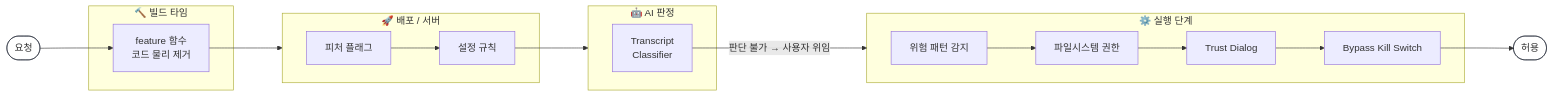
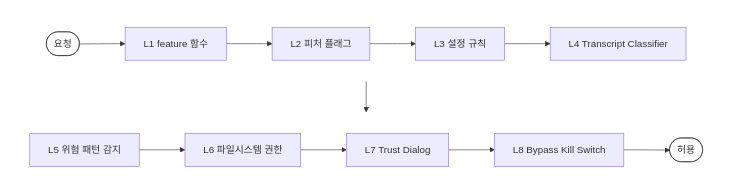
One commit to currenjin/currenjin.github.io changed the sixth of 9 diagrams in _wiki/claude-code.md. Above: the diagram before and after it, drawn with Mermaid.

Commit message:
fix: Split security diagram into two rows for better readability

````diff
--- a/_wiki/claude-code.md
+++ b/_wiki/claude-code.md
@@ -284,34 +284,17 @@
 ```mermaid
-%%{init: {'flowchart': {'nodeSpacing': 40, 'rankSpacing': 80}}}%%
-flowchart LR
-    REQ([요청]) --> L1
-
-    subgraph BUILD ["🔨 빌드 타임"]
-        L1[feature 함수\n코드 물리 제거]
+flowchart TB
+    subgraph top [" "]
+        direction LR
+        REQ([요청]) --> L1["L1 feature 함수"] --> L2["L2 피처 플래그"] --> L3["L3 설정 규칙"] --> L4["L4 Transcript Classifier"]
     end
-
-    subgraph DEPLOY ["🚀 배포 / 서버"]
-        L2[피처 플래그]
-        L3[설정 규칙]
+    subgraph bottom [" "]
+        direction LR
+        L5["L5 위험 패턴 감지"] --> L6["L6 파일시스템 권한"] --> L7["L7 Trust Dialog"] --> L8["L8 Bypass Kill Switch"] --> OK([허용])
     end
-
-    subgraph RUNTIME ["🤖 AI 판정"]
-        L4[Transcript\nClassifier]
-    end
-
-    subgraph EXEC ["⚙️ 실행 단계"]
-        L5[위험 패턴 감지]
-        L6[파일시스템 권한]
-        L7[Trust Dialog]
-        L8[Bypass Kill Switch]
-    end
-
-    L1 --> DEPLOY
-    L2 --> L3 --> RUNTIME
-    L4 -->|판단 불가 → 사용자 위임| EXEC
-    L5 --> L6 --> L7 --> L8
-    L8 --> OK([허용])
+    L4 --> L5
 
     style REQ fill:transparent,stroke:#111827
     style OK fill:transparent,stroke:#111827
+    style top fill:transparent,stroke:transparent
+    style bottom fill:transparent,stroke:transparent
 ```
````
